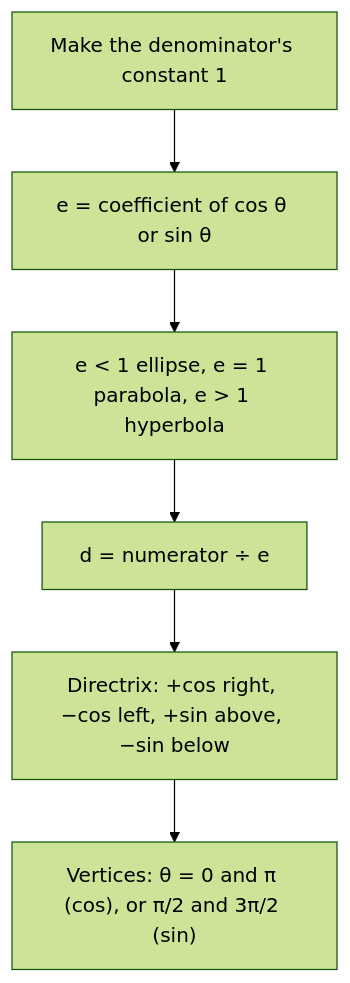
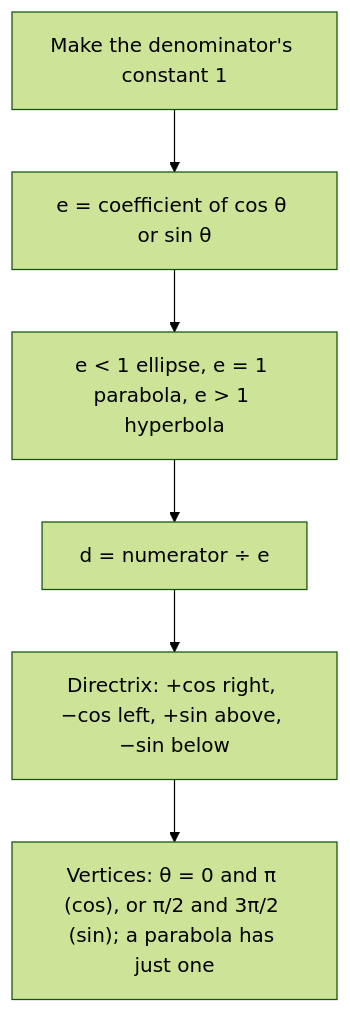
One commit to Aziliz/erudior changed the diagram in content/math/precalculus/lessons/33-polar-conics.md. Above: the diagram before and after it, drawn with Mermaid (forest theme). The commit also changed 26 other files, not shown here.

````diff
--- a/content/math/precalculus/lessons/33-polar-conics.md
+++ b/content/math/precalculus/lessons/33-polar-conics.md
@@ -47,10 +47,10 @@
 ```mermaid
 flowchart TD
   accTitle: Reading a polar equation of a conic
-  accDescr: First divide the numerator and denominator by the constant in the denominator so that constant becomes 1. The coefficient of the trig function is then the eccentricity e, which names the conic: less than 1 an ellipse, equal to 1 a parabola, greater than 1 a hyperbola. The numerator is e times d, so d is the numerator divided by e. The sign and the trig function place the directrix: plus cosine to the right, minus cosine to the left, plus sine above, minus sine below. Finally find the vertices at theta equal to 0 and pi for cosine, or pi over 2 and 3 pi over 2 for sine.
+  accDescr: First divide the numerator and denominator by the constant in the denominator so that constant becomes 1. The coefficient of the trig function is then the eccentricity e, which names the conic: less than 1 an ellipse, equal to 1 a parabola, greater than 1 a hyperbola. The numerator is e times d, so d is the numerator divided by e. The sign and the trig function place the directrix: plus cosine to the right, minus cosine to the left, plus sine above, minus sine below. Finally find the vertices at theta equal to 0 and pi for cosine, or pi over 2 and 3 pi over 2 for sine; a parabola has only one vertex, because one of those angles makes the denominator 0.
   A["Make the denominator's constant 1"] --> B["e = coefficient of cos θ or sin θ"]
   B --> C["e #lt; 1 ellipse, e = 1 parabola, e #gt; 1 hyperbola"]
   C --> D["d = numerator ÷ e"]
   D --> E["Directrix: +cos right, −cos left, +sin above, −sin below"]
-  E --> F["Vertices: θ = 0 and π (cos), or π/2 and 3π/2 (sin)"]
+  E --> F["Vertices: θ = 0 and π (cos), or π/2 and 3π/2 (sin); a parabola has just one"]
 ```
````
